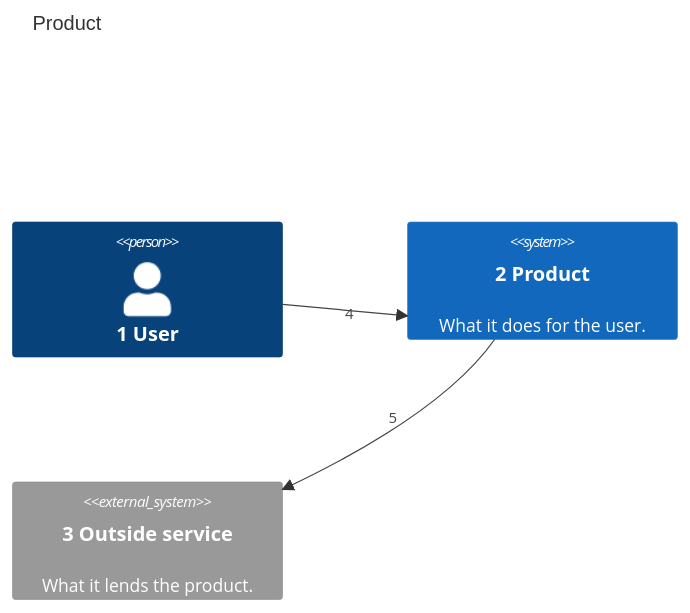
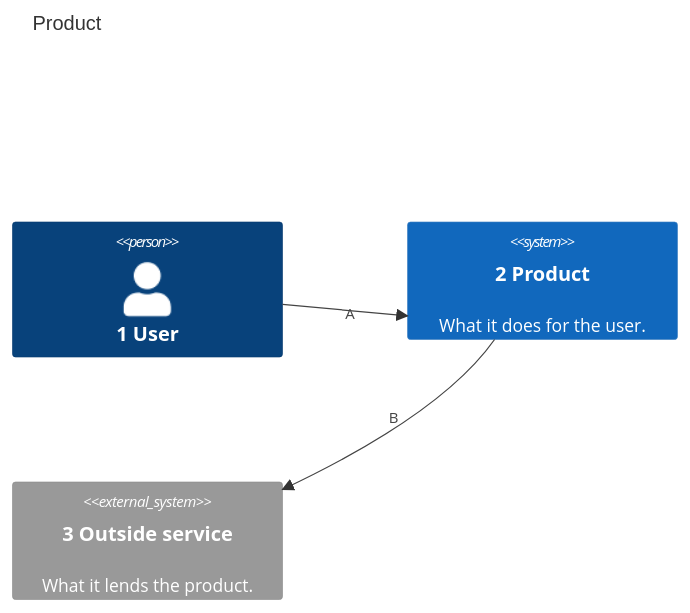
Before and after one commit to may-journal/fitness-runner: the first of 2 diagrams in docs/architecture/templates/01-system-context.md, drawn with Mermaid. The commit also changed other lines of this file and 28 other files, not shown here.

First line of the commit message:
feat(mermaid-callouts): label connectors with letter callouts (#584)

````diff
--- a/docs/architecture/templates/01-system-context.md
+++ b/docs/architecture/templates/01-system-context.md
@@ -9,11 +9,11 @@
 ```mermaid
 C4Context
     title Product
 
     Person(user, "1 User")
     System(product, "2 Product", "What it does for the user.")
     System_Ext(service, "3 Outside service", "What it lends the product.")
 
-    Rel(user, product, "4")
-    Rel(product, service, "5")
+    Rel(user, product, "A")
+    Rel(product, service, "B")
 ```
````
